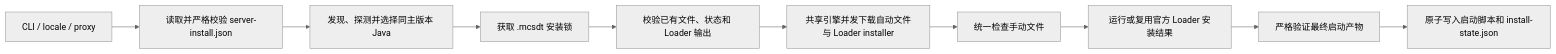
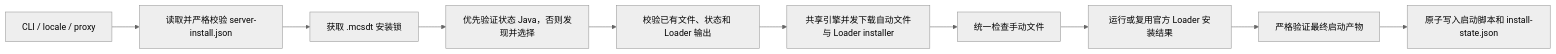
The diagram in docs/design.md (Circulate233/MCServerDownloadTool), drawn with Mermaid (neutral theme) before and after one commit. The commit also changed other lines of this file and 39 other files, not shown here.

````diff
--- a/docs/design.md
+++ b/docs/design.md
@@ -11,12 +11,12 @@
 ```mermaid
 flowchart LR
     CLI["CLI / locale / proxy"] --> Manifest["读取并严格校验 server-install.json"]
-    Manifest --> Java["发现、探测并选择同主版本 Java"]
-    Java --> Lock["获取 .mcsdt 安装锁"]
-    Lock --> Inspect["校验已有文件、状态和 Loader 输出"]
+    Manifest --> Lock["获取 .mcsdt 安装锁"]
+    Lock --> Java["优先验证状态 Java，否则发现并选择"]
+    Java --> Inspect["校验已有文件、状态和 Loader 输出"]
     Inspect --> Download["共享引擎并发下载自动文件与 Loader installer"]
     Download --> Manual["统一检查手动文件"]
     Manual --> Loader["运行或复用官方 Loader 安装结果"]
     Loader --> Output["严格验证最终启动产物"]
     Output --> Commit["原子写入启动脚本和 install-state.json"]
 ```
````
